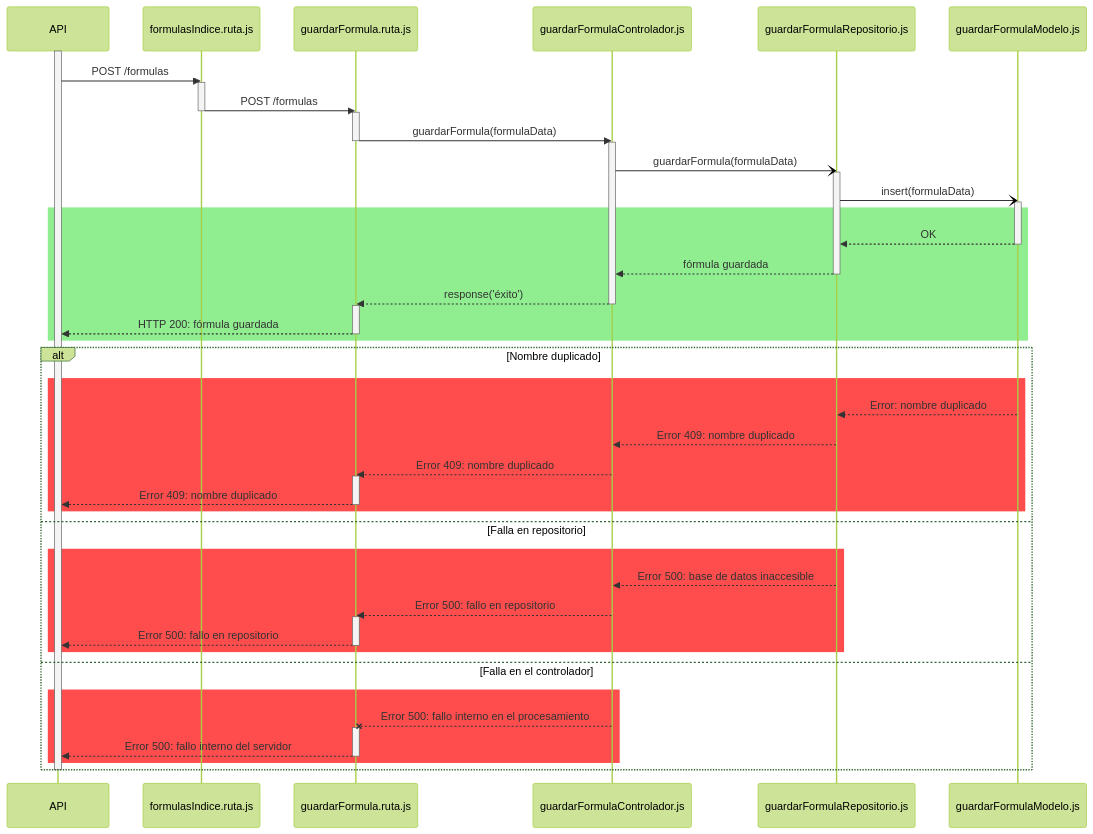
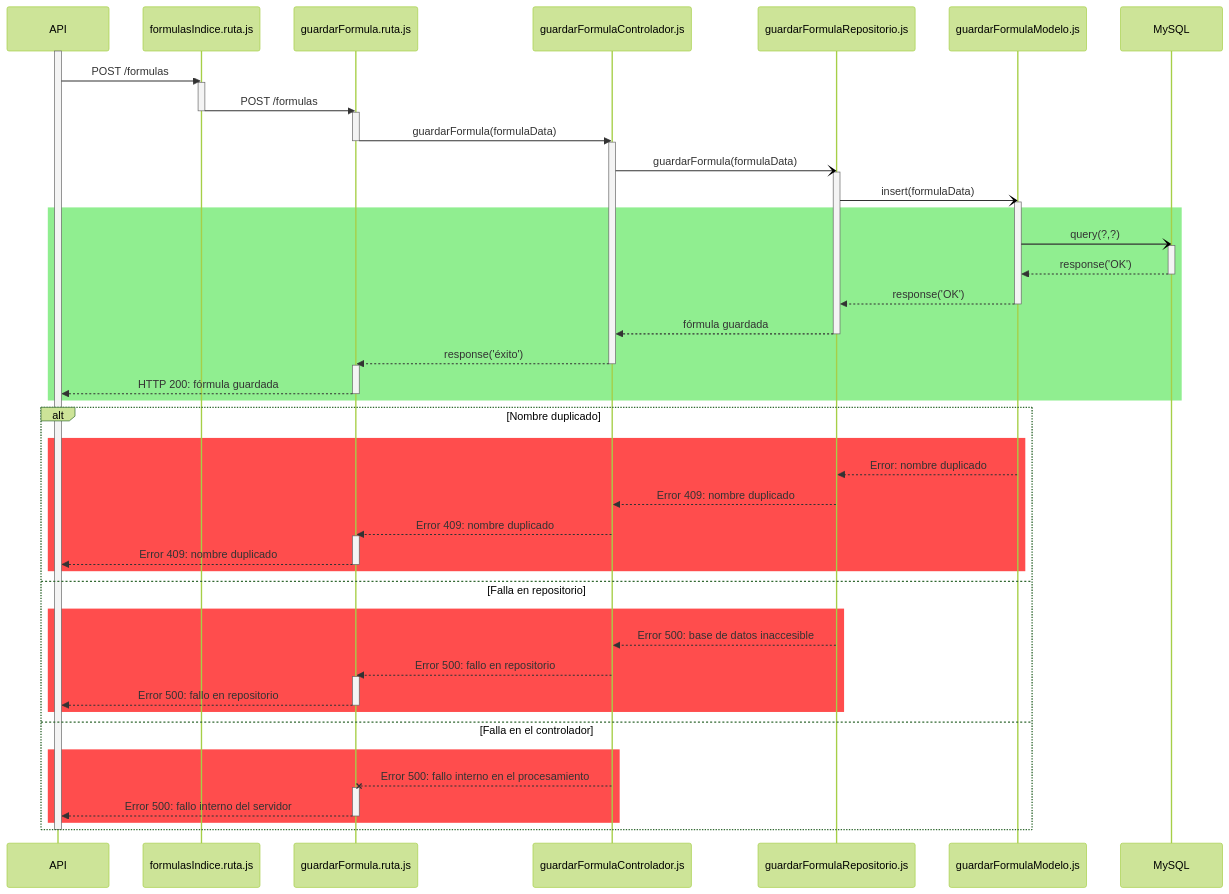
Before and after one commit to CodeAnd-Co/Documentacion: the second of 2 diagrams in documentation/docs/proyectos/tractores/documentacion/requisitos/RF22.md, drawn with Mermaid (forest theme).

Commit message:
Agregar base de datos en diagrama de secuencis RF22

````diff
--- a/documentation/docs/proyectos/tractores/documentacion/requisitos/RF22.md
+++ b/documentation/docs/proyectos/tractores/documentacion/requisitos/RF22.md
@@ -125,66 +125,71 @@
 ```mermaid
 sequenceDiagram
     participant API
     participant RutaIndice as formulasIndice.ruta.js
     participant Ruta as guardarFormula.ruta.js
     participant Controlador as guardarFormulaControlador.js
     participant Repositorio as guardarFormulaRepositorio.js
     participant Modelo as guardarFormulaModelo.js
+    participant DB as MySQL
 
     activate API
     API->>RutaIndice: POST /formulas
 
     activate RutaIndice
     RutaIndice->>Ruta: POST /formulas
     deactivate RutaIndice
 
     activate Ruta
     Ruta->>Controlador: guardarFormula(formulaData)
     deactivate Ruta
 
     activate Controlador
     Controlador-)Repositorio: guardarFormula(formulaData)
 
     activate Repositorio
     Repositorio-)Modelo: insert(formulaData)
     activate Modelo
     rect LightGreen
-        Modelo -->> Repositorio: OK
+        Modelo-)DB: query(?,?)
+        activate DB
+        DB-->>Modelo: response('OK')
+        deactivate DB
+        Modelo -->> Repositorio: response('OK')
         deactivate Modelo
         Repositorio -->> Controlador: fórmula guardada
         deactivate Repositorio
         Controlador -->> Ruta: response('éxito')
         deactivate Controlador
         activate Ruta
         Ruta -->> API: HTTP 200: fórmula guardada
         deactivate Ruta
     end
 
     %% === FLUJOS ALTERNOS ===
     alt Nombre duplicado
         rect rgb(255, 77, 77)
             Modelo -->> Repositorio: Error: nombre duplicado
             Repositorio -->> Controlador: Error 409: nombre duplicado
             Controlador -->> Ruta: Error 409: nombre duplicado
             activate Ruta
             Ruta -->> API: Error 409: nombre duplicado
             deactivate Ruta
         end
     else Falla en repositorio
         rect rgb(255, 77, 77)
             Repositorio -->> Controlador: Error 500: base de datos inaccesible
             Controlador -->> Ruta: Error 500: fallo en repositorio
             activate Ruta
             Ruta -->> API: Error 500: fallo en repositorio
             deactivate Ruta
         end
     else Falla en el controlador
         rect rgb(255, 77, 77)
             Controlador --x Ruta: Error 500: fallo interno en el procesamiento
             activate Ruta
             Ruta -->> API: Error 500: fallo interno del servidor
             deactivate Ruta
         end
     end
     deactivate API
 ```
````
